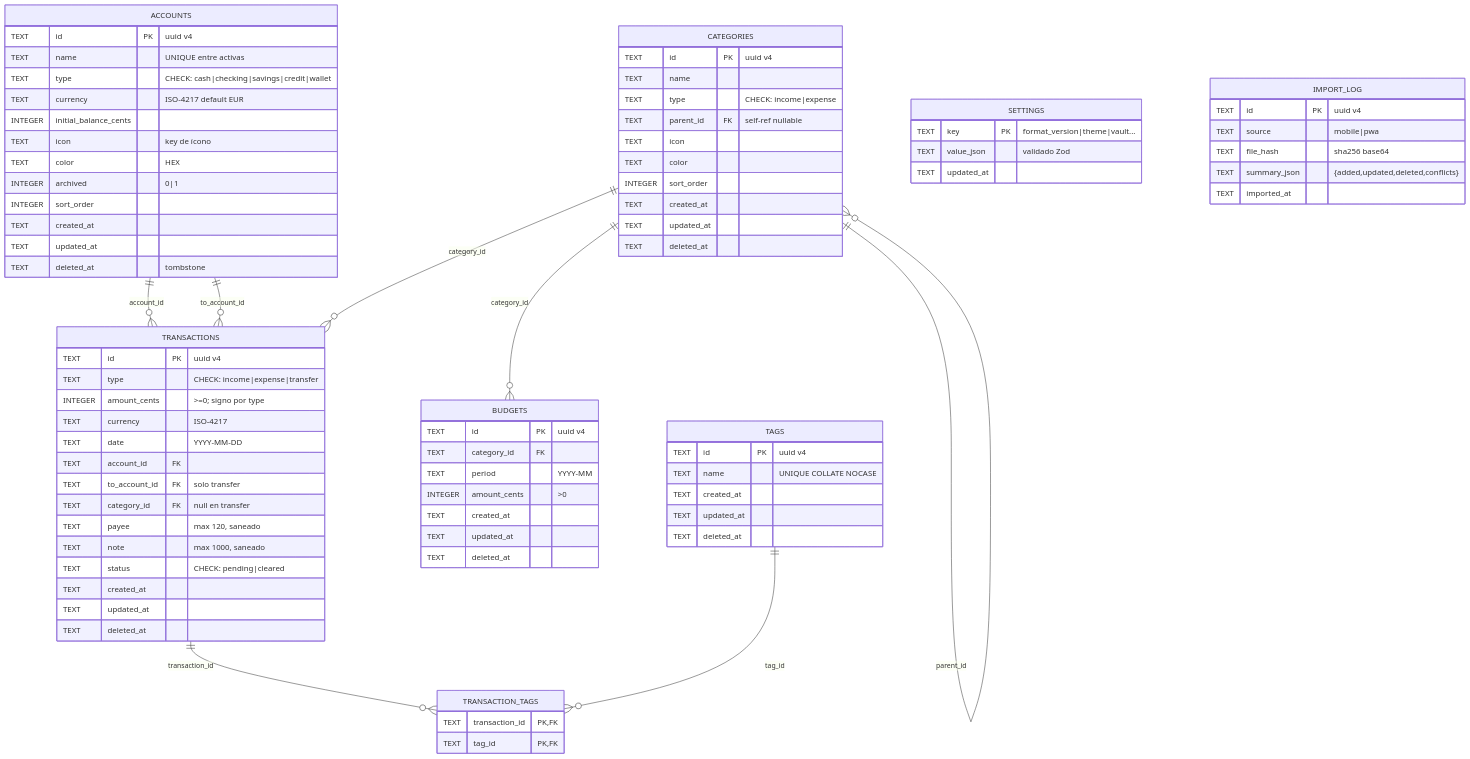
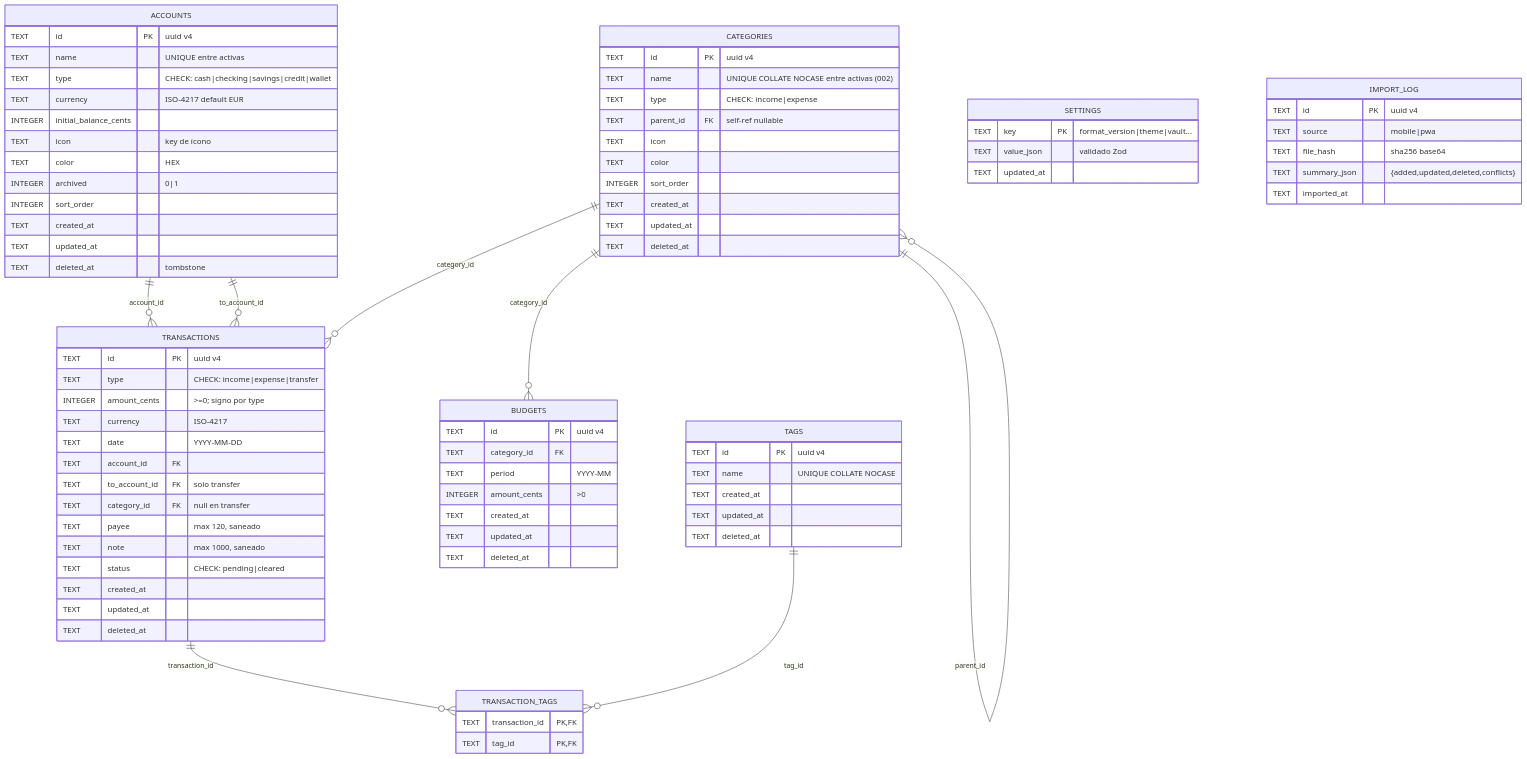
One commit to uskein/Monedero changed the diagram in Artefactos/documentacion/Arquitectura/MODELO_DE_DATOS.md. Above: the diagram before and after it, drawn with Mermaid. The commit also changed other lines of this file and 3 other files, not shown here.

```diff
--- a/Artefactos/documentacion/Arquitectura/MODELO_DE_DATOS.md
+++ b/Artefactos/documentacion/Arquitectura/MODELO_DE_DATOS.md
@@ -47,7 +47,7 @@
     }
     CATEGORIES {
         TEXT id PK "uuid v4"
-        TEXT name
+        TEXT name "UNIQUE COLLATE NOCASE entre activas (002)"
         TEXT type "CHECK: income|expense"
         TEXT parent_id FK "self-ref nullable"
         TEXT icon
```
